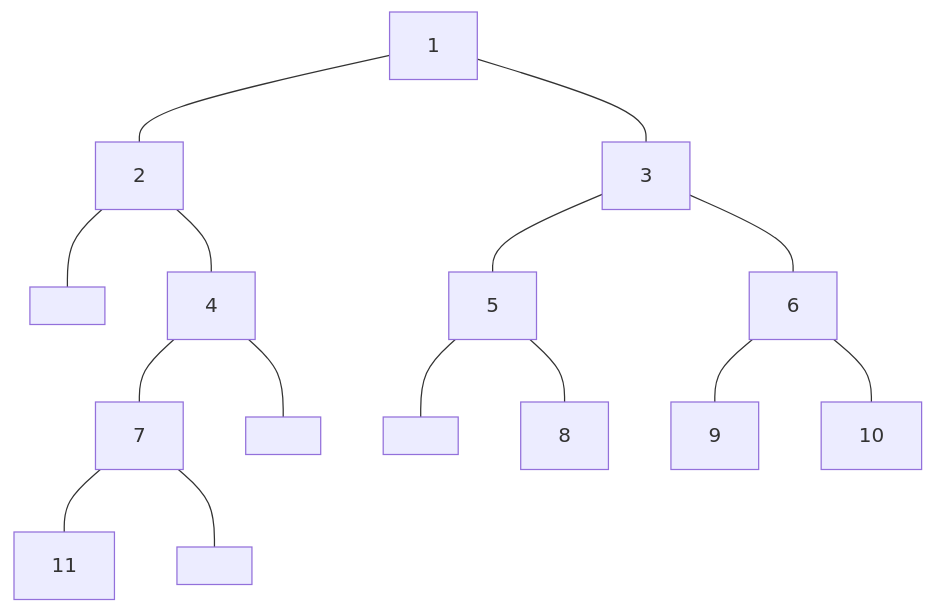
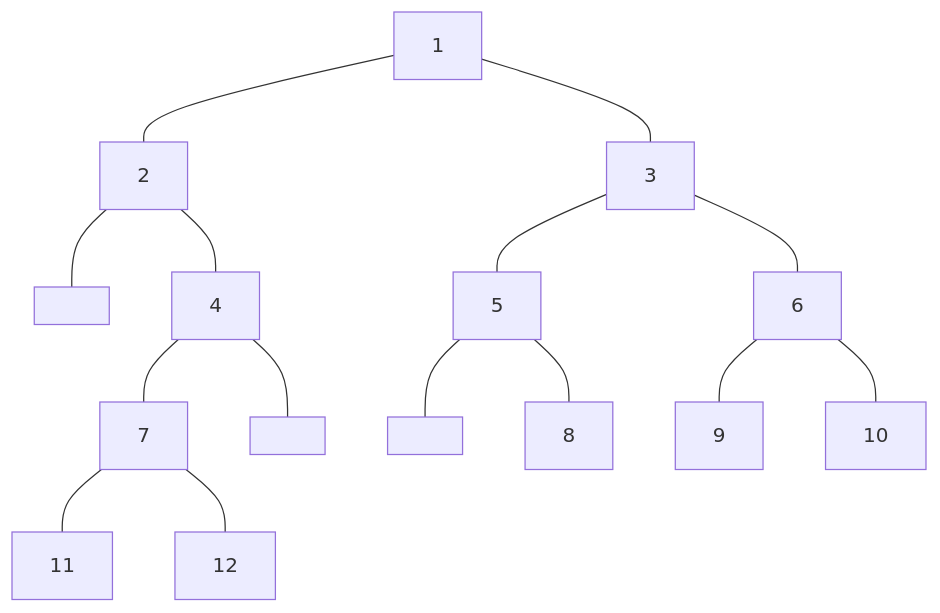
Before and after one commit to LongLong208/MyNotes: the second of 2 diagrams in [other]/草稿.md, drawn with Mermaid. The commit also changed other lines of this file and 1 other file, not shown here.

````diff
--- a/[other]/草稿.md
+++ b/[other]/草稿.md
@@ -88,32 +88,32 @@
 ```mermaid 
 graph TD; 
 a[ 1 ] 
 b[ 2 ] 
 a --- b
 c[ 3 ] 
 a --- c
 d[  ] 
 b --- d
 e[ 4 ] 
 b --- e
 f[ 5 ] 
 c --- f
 g[ 6 ] 
 c --- g
 h[ 7 ] 
 e --- h
 i[  ] 
 e --- i
 j[  ] 
 f --- j
 k[ 8 ] 
 f --- k
 l[ 9 ] 
 g --- l
 m[ 10 ] 
 g --- m
 n[ 11 ] 
 h --- n
-o[  ] 
+o[ 12 ] 
 h --- o
 ``` 
````
